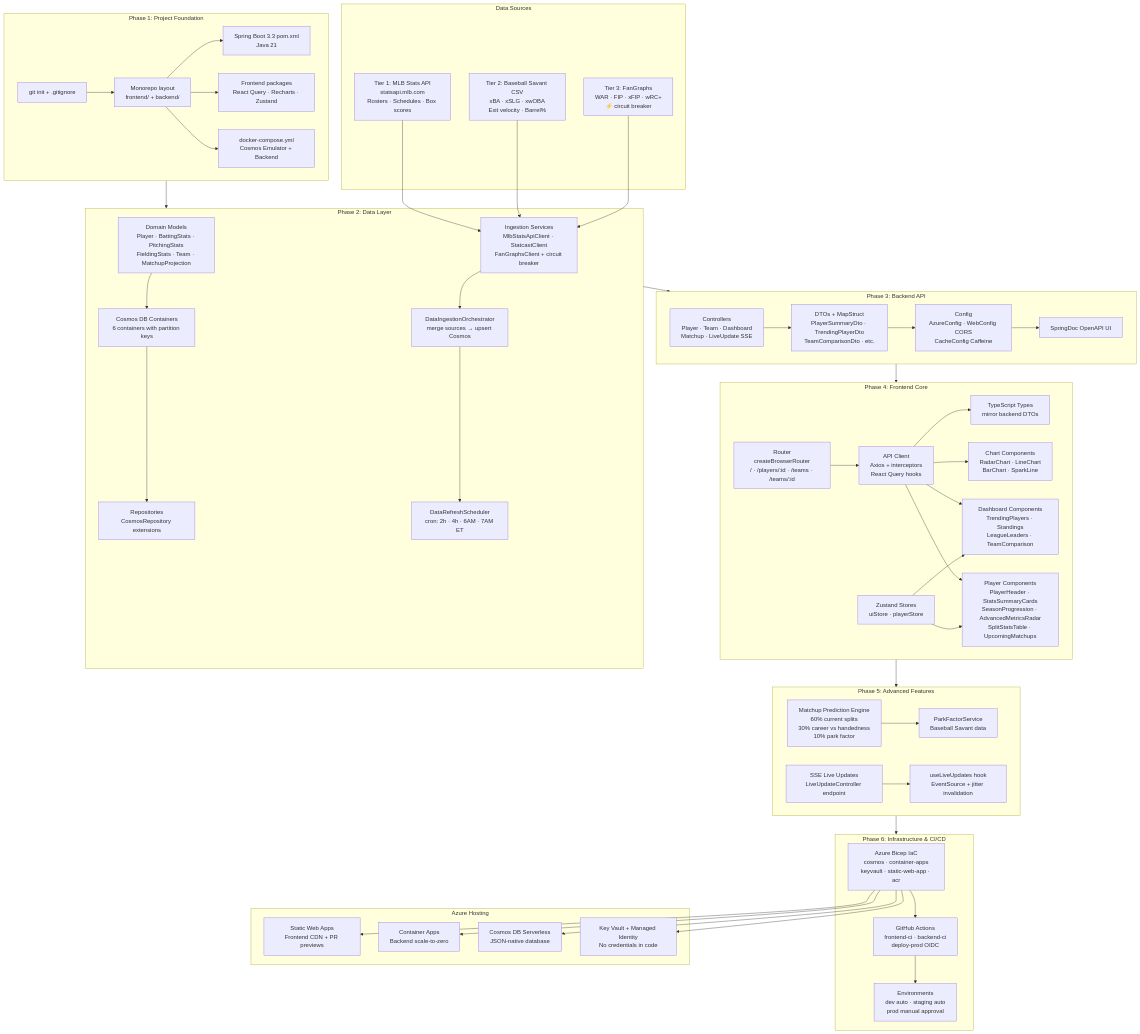
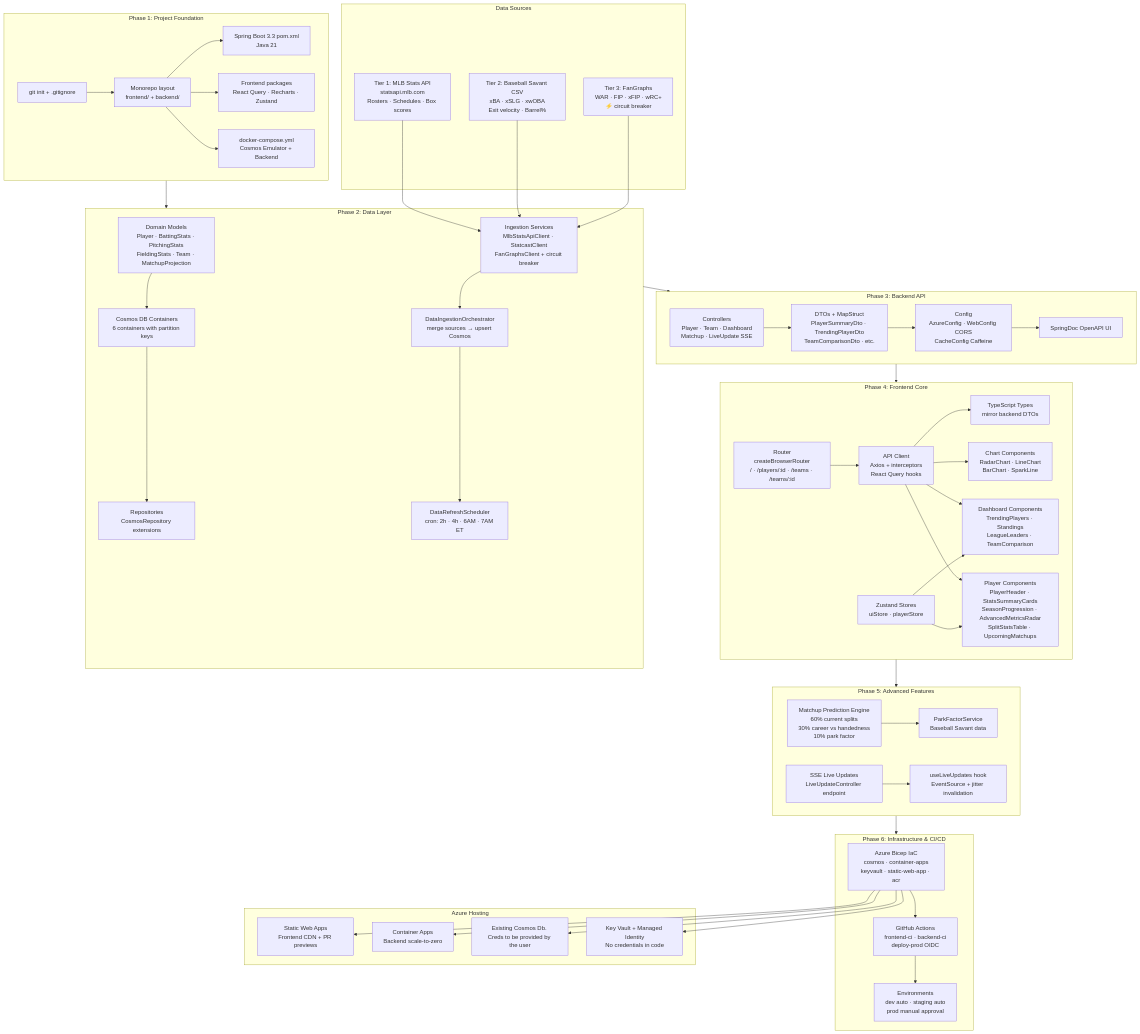
One commit to msmele345/Buzzball changed the first of 2 diagrams in agent-docs/project_details.md. Above: the diagram before and after it, drawn with Mermaid. The commit also changed 29 other files, not shown here.

````diff
--- a/agent-docs/project_details.md
+++ b/agent-docs/project_details.md
@@ -3,78 +3,78 @@
 ```mermaid
 flowchart TD
     subgraph P1["Phase 1: Project Foundation"]
         P1A[git init + .gitignore]
         P1B[Monorepo layout\nfrontend/ + backend/]
         P1C[Spring Boot 3.3 pom.xml\nJava 21]
         P1D[Frontend packages\nReact Query · Recharts · Zustand]
         P1E[docker-compose.yml\nCosmos Emulator + Backend]
         P1A --> P1B --> P1C
         P1B --> P1D
         P1B --> P1E
     end
 
     subgraph P2["Phase 2: Data Layer"]
         P2A[Domain Models\nPlayer · BattingStats · PitchingStats\nFieldingStats · Team · MatchupProjection]
         P2B[Cosmos DB Containers\n6 containers with partition keys]
         P2C[Repositories\nCosmosRepository extensions]
         P2D[Ingestion Services\nMlbStatsApiClient · StatcastClient\nFanGraphsClient + circuit breaker]
         P2E[DataIngestionOrchestrator\nmerge sources → upsert Cosmos]
         P2F[DataRefreshScheduler\ncron: 2h · 4h · 6AM · 7AM ET]
         P2A --> P2B --> P2C
         P2D --> P2E --> P2F
     end
 
     subgraph P3["Phase 3: Backend API"]
         P3A[Controllers\nPlayer · Team · Dashboard\nMatchup · LiveUpdate SSE]
         P3B[DTOs + MapStruct\nPlayerSummaryDto · TrendingPlayerDto\nTeamComparisonDto · etc.]
         P3C[Config\nAzureConfig · WebConfig CORS\nCacheConfig Caffeine]
         P3D[SpringDoc OpenAPI UI]
         P3A --> P3B --> P3C --> P3D
     end
 
     subgraph P4["Phase 4: Frontend Core"]
         P4A[Router\ncreateBrowserRouter\n/ · /players/:id · /teams · /teams/:id]
         P4B[API Client\nAxios + interceptors\nReact Query hooks]
         P4C[TypeScript Types\nmirror backend DTOs]
         P4D[Chart Components\nRadarChart · LineChart\nBarChart · SparkLine]
         P4E[Dashboard Components\nTrendingPlayers · Standings\nLeagueLeaders · TeamComparison]
         P4F[Player Components\nPlayerHeader · StatsSummaryCards\nSeasonProgression · AdvancedMetricsRadar\nSplitStatsTable · UpcomingMatchups]
         P4G[Zustand Stores\nuiStore · playerStore]
         P4A --> P4B --> P4C
         P4B --> P4D & P4E & P4F
         P4G --> P4E & P4F
     end
 
     subgraph P5["Phase 5: Advanced Features"]
         P5A[Matchup Prediction Engine\n60% current splits\n30% career vs handedness\n10% park factor]
         P5B[ParkFactorService\nBaseball Savant data]
         P5C[SSE Live Updates\nLiveUpdateController endpoint]
         P5D[useLiveUpdates hook\nEventSource + jitter invalidation]
         P5A --> P5B
         P5C --> P5D
     end
 
     subgraph P6["Phase 6: Infrastructure & CI/CD"]
         P6A[Azure Bicep IaC\ncosmos · container-apps\nkeyvault · static-web-app · acr]
         P6B[GitHub Actions\nfrontend-ci · backend-ci\ndeploy-prod OIDC]
         P6C[Environments\ndev auto · staging auto\nprod manual approval]
         P6A --> P6B --> P6C
     end
 
     subgraph DS["Data Sources"]
         DS1["Tier 1: MLB Stats API\nstatsapi.mlb.com\nRosters · Schedules · Box scores"]
         DS2["Tier 2: Baseball Savant CSV\nxBA · xSLG · xwOBA\nExit velocity · Barrel%"]
         DS3["Tier 3: FanGraphs\nWAR · FIP · xFIP · wRC+\n⚡ circuit breaker"]
     end
 
     subgraph HOST["Azure Hosting"]
         H1[Static Web Apps\nFrontend CDN + PR previews]
         H2[Container Apps\nBackend scale-to-zero]
-        H3[Cosmos DB Serverless\nJSON-native database]
+        H3[Existing Cosmos Db. Creds to be provided by the user]
         H4[Key Vault + Managed Identity\nNo credentials in code]
     end
 
     P1 --> P2 --> P3 --> P4 --> P5 --> P6
     DS1 & DS2 & DS3 --> P2D
     P6A --> H1 & H2 & H3 & H4
 ```
````
